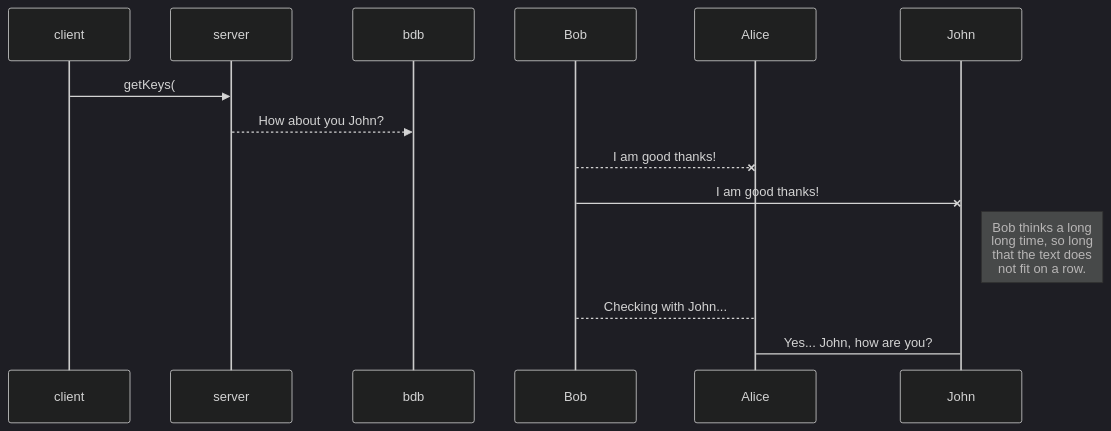
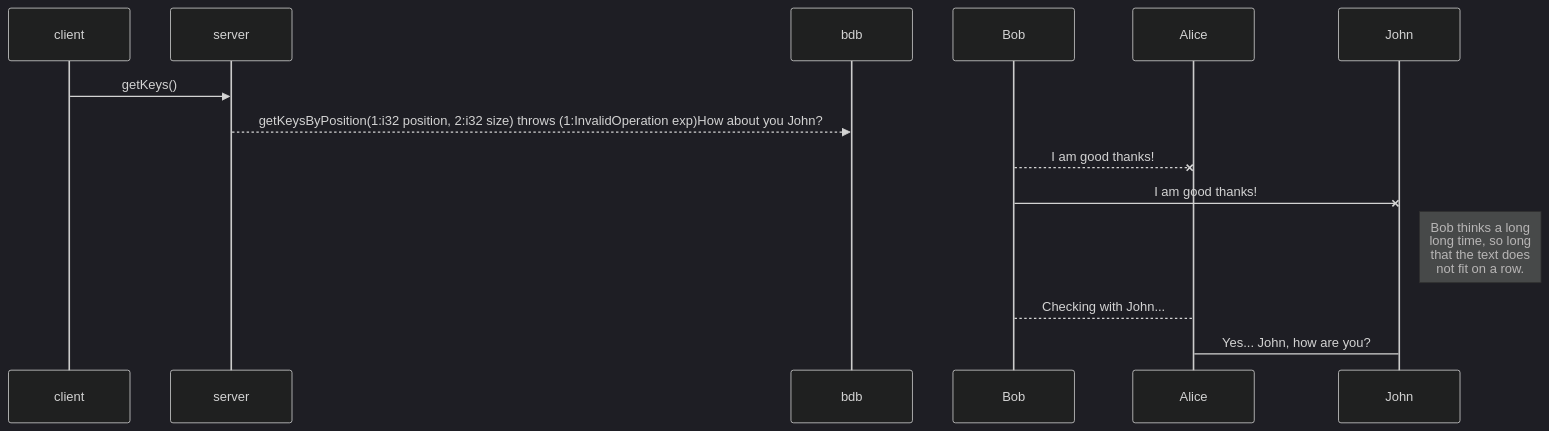
One commit to kozkoz211/StackEdit changed the diagram in THBDB Client.md. Above: the diagram before and after it, drawn with Mermaid (dark theme). The commit also changed other lines of this file, not shown here.

Commit message:
THBDB Client.md updated from https://stackedit.io/

````diff
--- a/THBDB Client.md
+++ b/THBDB Client.md
@@ -11,11 +11,11 @@
 ```mermaid
 sequenceDiagram
-client ->> server: getKeys(
-server-->> bdb: How about you John?
+client ->> server: getKeys()
+server-->> bdb: getKeysByPosition(1:i32 position, 2:i32  size) throws (1:InvalidOperation exp)How about you John?
 Bob--x Alice: I am good thanks!
 Bob-x John: I am good thanks!
 Note right of John: Bob thinks a long<br/>long time, so long<br/>that the text does<br/>not fit on a row.
 
 Bob-->Alice: Checking with John...
 Alice->John: Yes... John, how are you?
 ```
````
